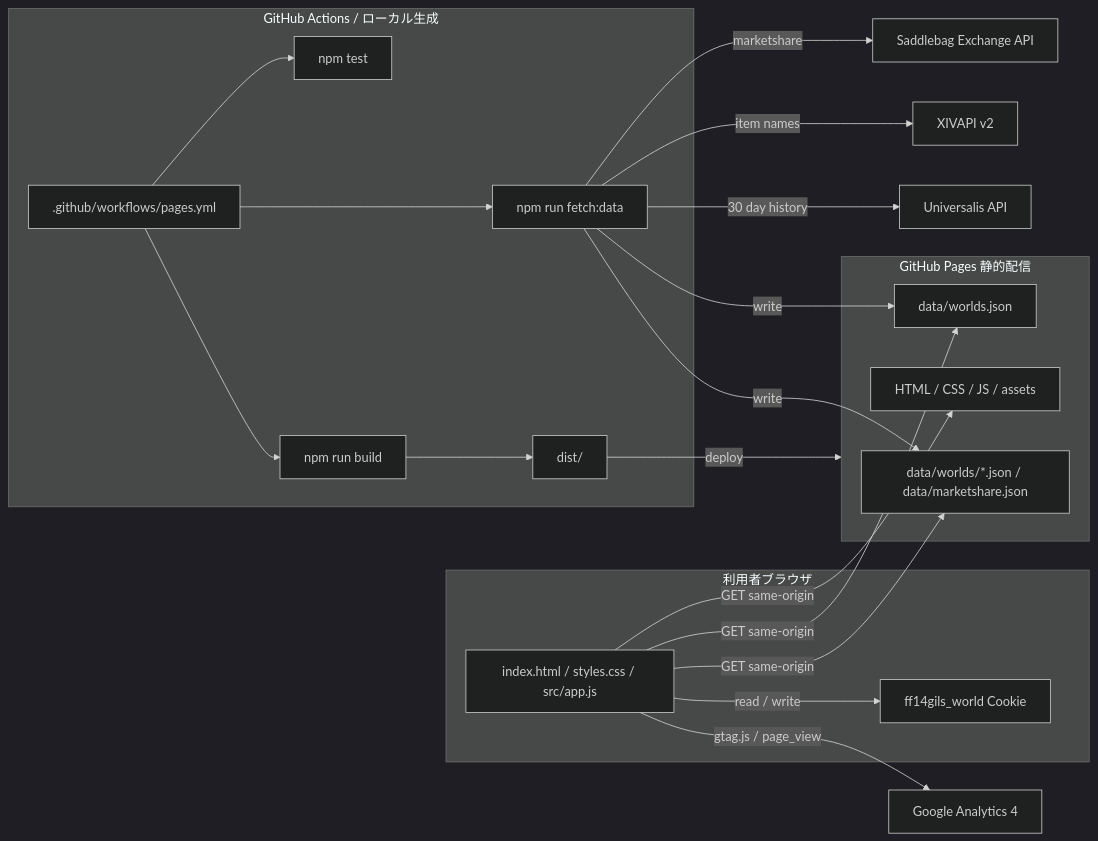
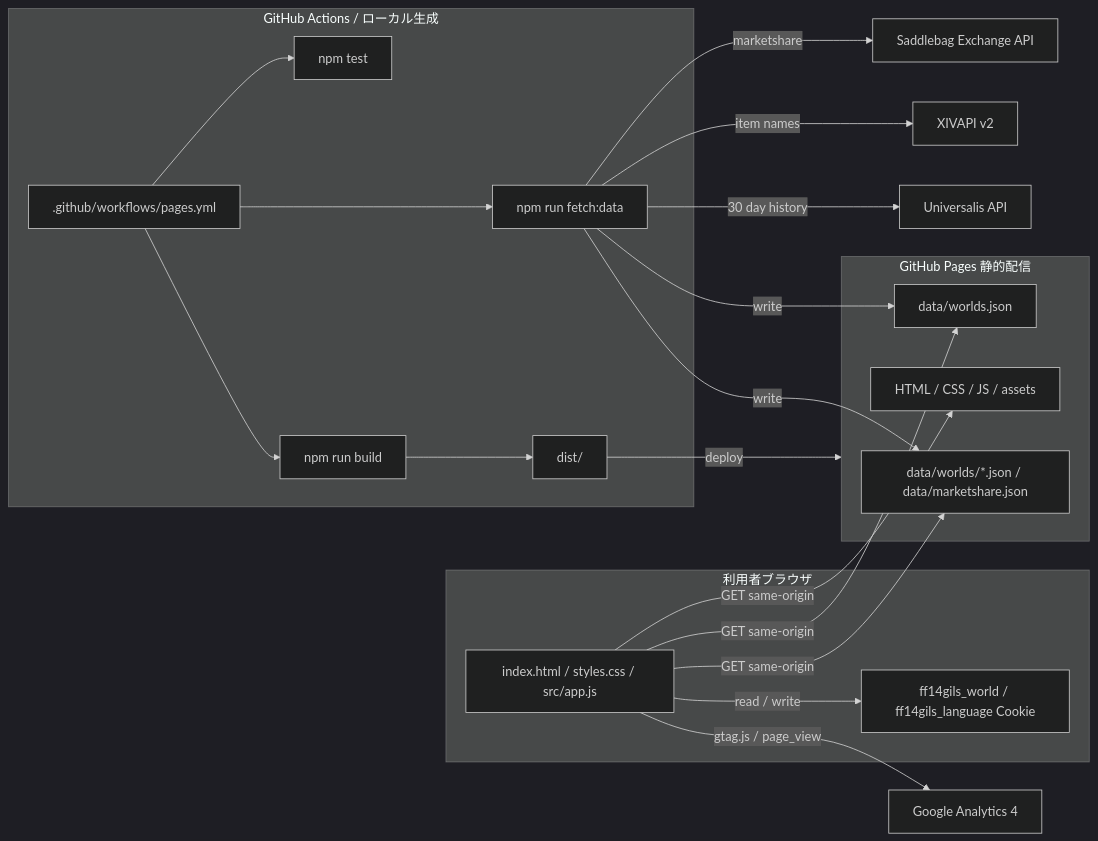
Before and after one commit to jinwktk/FF14Gils: the diagram in README.md, drawn with Mermaid (dark theme). The commit also changed other lines of this file and 11 other files, not shown here.

````diff
--- a/README.md
+++ b/README.md
@@ -14,43 +28,43 @@
 ```mermaid
 flowchart LR
   subgraph Browser["利用者ブラウザ"]
     Ui["index.html / styles.css / src/app.js"]
-    Cookie["ff14gils_world Cookie"]
+    Cookie["ff14gils_world / ff14gils_language Cookie"]
   end
 
   subgraph Pages["GitHub Pages 静的配信"]
     Static["HTML / CSS / JS / assets"]
     WorldIndex["data/worlds.json"]
     Snapshots["data/worlds/*.json / data/marketshare.json"]
   end
 
   subgraph Pipeline["GitHub Actions / ローカル生成"]
     Workflow[".github/workflows/pages.yml"]
     Tests["npm test"]
     FetchData["npm run fetch:data"]
     Build["npm run build"]
     Dist["dist/"]
   end
 
   Saddlebag["Saddlebag Exchange API"]
   Xivapi["XIVAPI v2"]
   Universalis["Universalis API"]
   Analytics["Google Analytics 4"]
 
   Ui -->|"GET same-origin"| Static
   Ui -->|"GET same-origin"| WorldIndex
   Ui -->|"GET same-origin"| Snapshots
   Ui -->|"read / write"| Cookie
   Ui -->|"gtag.js / page_view"| Analytics
 
   Workflow --> Tests
   Workflow --> FetchData
   Workflow --> Build
   FetchData -->|"marketshare"| Saddlebag
   FetchData -->|"item names"| Xivapi
   FetchData -->|"30 day history"| Universalis
   FetchData -->|"write"| WorldIndex
   FetchData -->|"write"| Snapshots
   Build --> Dist
   Dist -->|"deploy"| Pages
 ```
````
